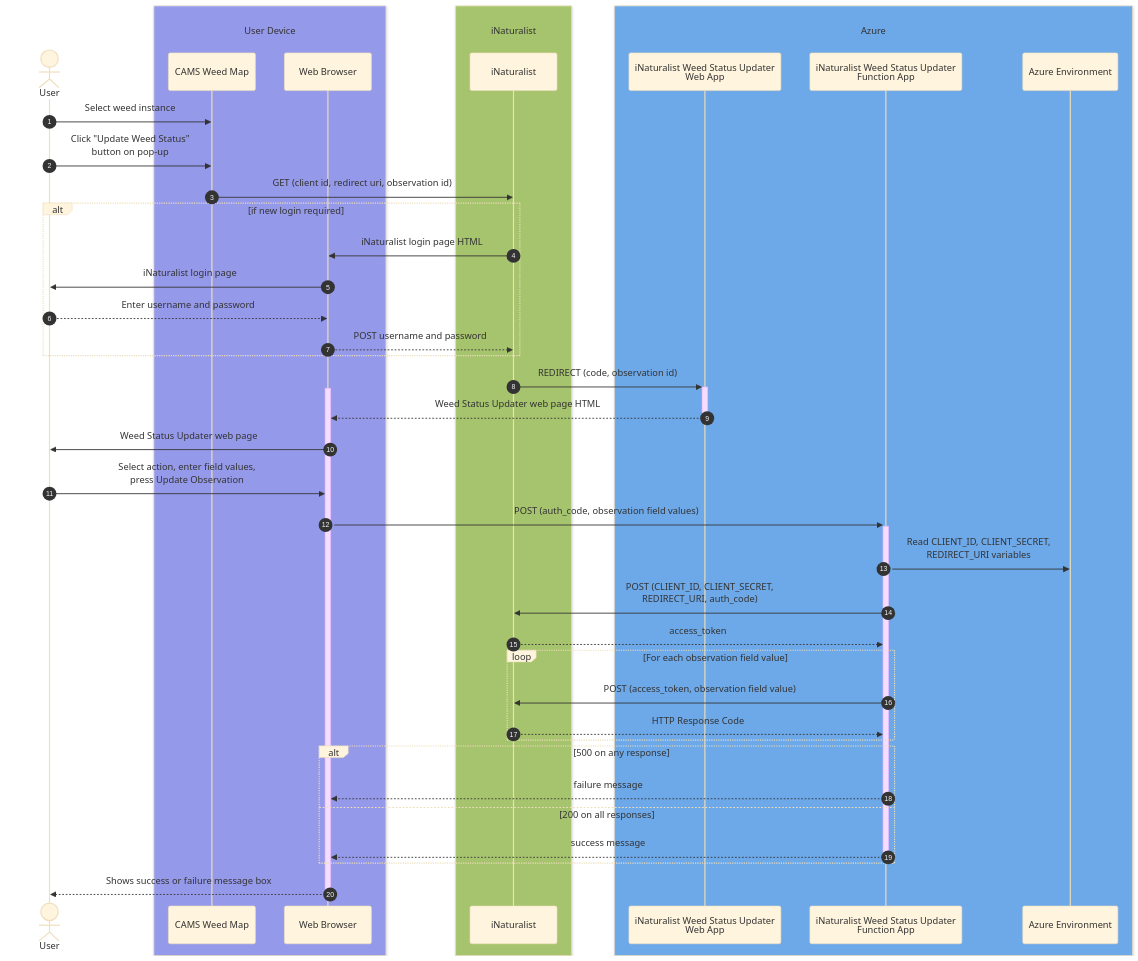
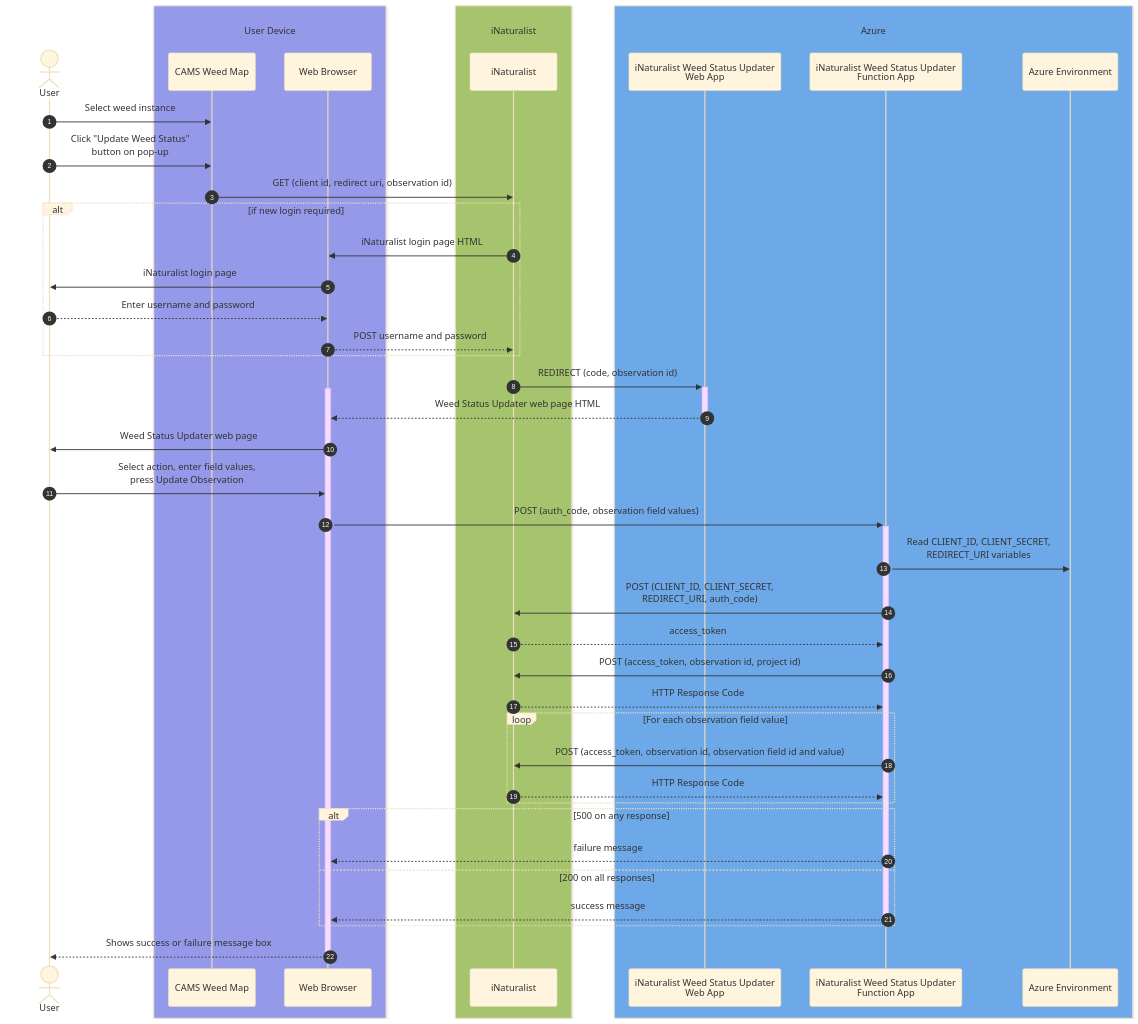
One commit to EcoNet-NZ/inaturalist-weed-status-updater changed the diagram in README.md. Above: the diagram before and after it, drawn with Mermaid (base theme). The commit also changed other lines of this file, not shown here.

````diff
--- a/README.md
+++ b/README.md
@@ -38,46 +38,48 @@
 ```mermaid
 sequenceDiagram
     autonumber
     actor User
     box rgba(81,88,248,0.5) <br/>User Device<br/>
         participant cams as CAMS Weed Map
         participant br as Web Browser
     end
     box rgba(115,172,0,0.5)iNaturalist
         participant iNat as iNaturalist
     end
     box rgba(1,118,245,0.5) Azure
         participant web as iNaturalist Weed Status Updater<br/>Web App
         participant function as iNaturalist Weed Status Updater<br/>Function App
         participant env as Azure Environment
     end
     User->>cams: Select weed instance
     User->>cams: Click "Update Weed Status"<br/> button on pop-up
     cams->>iNat: GET (client id, redirect uri, observation id)
     alt if new login required
         iNat->>br: iNaturalist login page HTML
         br->>User: iNaturalist login page
         User-->>br: Enter username and password
         br-->>iNat: POST username and password
     end
     iNat->>+web: REDIRECT (code, observation id)
     activate br
     web-->>-br: Weed Status Updater web page HTML
     br->>User: Weed Status Updater web page
     User->>br: Select action, enter field values,<br/> press Update Observation
     br->>+function: POST (auth_code, observation field values)
     function->>env: Read CLIENT_ID, CLIENT_SECRET,<br/> REDIRECT_URI variables
     function->>iNat: POST (CLIENT_ID, CLIENT_SECRET,<br/> REDIRECT_URI, auth_code)
     iNat-->>function: access_token
+    function->>iNat: POST (access_token, observation id, project id)
+    iNat-->>function: HTTP Response Code
     loop For each observation field value 
-        function->>iNat: POST (access_token, observation field value)
+        function->>iNat: POST (access_token, observation id, observation field id and value)
         iNat-->>function: HTTP Response Code
     end
     alt 500 on any response
         function-->>br: failure message
     else 200 on all responses
         function-->>-br: success message
     end
     br-->>User: Shows success or failure message box
     deactivate br
 ```
````
